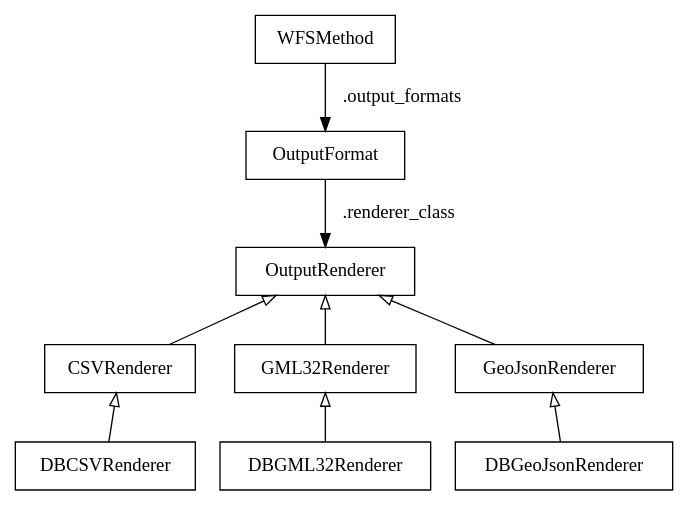
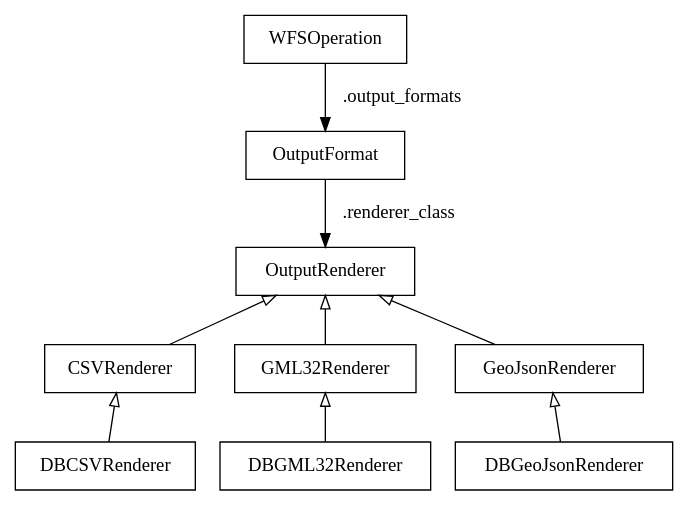
Before and after one commit to Amsterdam/django-gisserver: the sixth of 6 diagrams in docs/development.rst, drawn with Graphviz. The commit also changed other lines of this file and 7 other files, not shown here.

First line of the commit message:
cleanup: rename WFSMethod -> WFSOperation

```diff
--- a/docs/development.rst
+++ b/docs/development.rst
@@ -227,15 +227,15 @@
 .. graphviz::
 
     digraph foo {
         node [shape=box]
 
-        WFSMethod -> OutputFormat [label=".output_formats"]
+        WFSOperation -> OutputFormat [label=".output_formats"]
         OutputFormat -> OutputRenderer [label=".renderer_class"]
 
         OutputRenderer -> CSVRenderer [dir=back arrowtail=empty]
         CSVRenderer -> DBCSVRenderer [dir=back arrowtail=empty]
         OutputRenderer -> GML32Renderer [dir=back arrowtail=empty]
         GML32Renderer -> DBGML32Renderer [dir=back arrowtail=empty]
         OutputRenderer -> GeoJsonRenderer [dir=back arrowtail=empty]
         GeoJsonRenderer -> DBGeoJsonRenderer [dir=back arrowtail=empty]
     }
```
